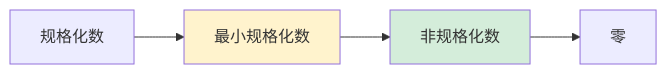
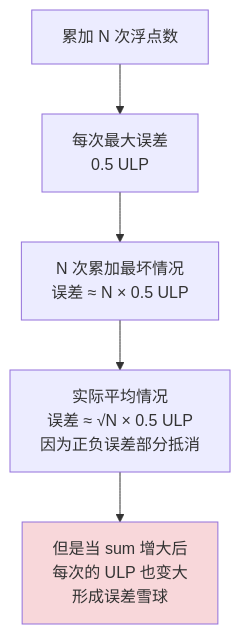
One commit to chongyang211/YCBookBlog changed diagram 18 of 24 in 00.通用技术的提升/02.程序编程原理/02.浮点型数据设计灵魂.md. Above: the diagram before and after it, drawn with Mermaid. The commit also changed other lines of this file and 21 other files, not shown here.

````diff
--- a/00.通用技术的提升/02.程序编程原理/02.浮点型数据设计灵魂.md
+++ b/00.通用技术的提升/02.程序编程原理/02.浮点型数据设计灵魂.md
@@ -397,9 +1812,11 @@
 ```mermaid
-graph LR
-    A[规格化数] --> B[最小规格化数]
-    B --> C[非规格化数]
-    C --> D[零]
+flowchart TB
+    A[累加 N 次浮点数] --> B[每次最大误差<br/>0.5 ULP]
+    B --> C[N 次累加最坏情况<br/>误差 ≈ N × 0.5 ULP]
     
-    style B fill:#fff3cd
-    style C fill:#d4edda
+    C --> D[实际平均情况<br/>误差 ≈ √N × 0.5 ULP<br/>因为正负误差部分抵消]
+    
+    D --> E["但是当 sum 增大后<br/>每次的 ULP 也变大<br/>形成误差雪球"]
+    
+    style E fill:#f8d7da
 ```
````
